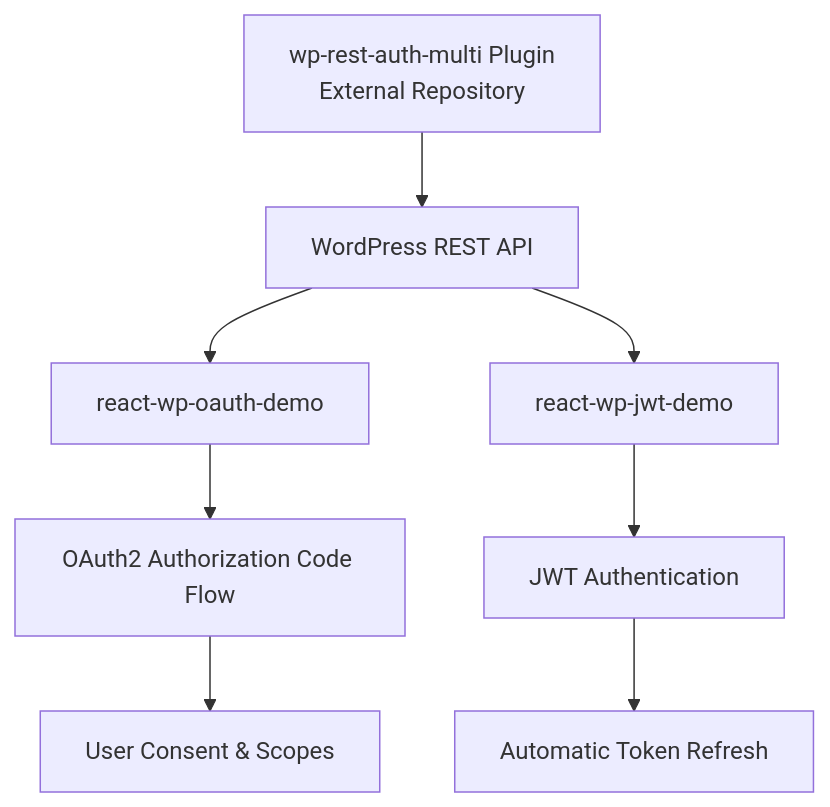
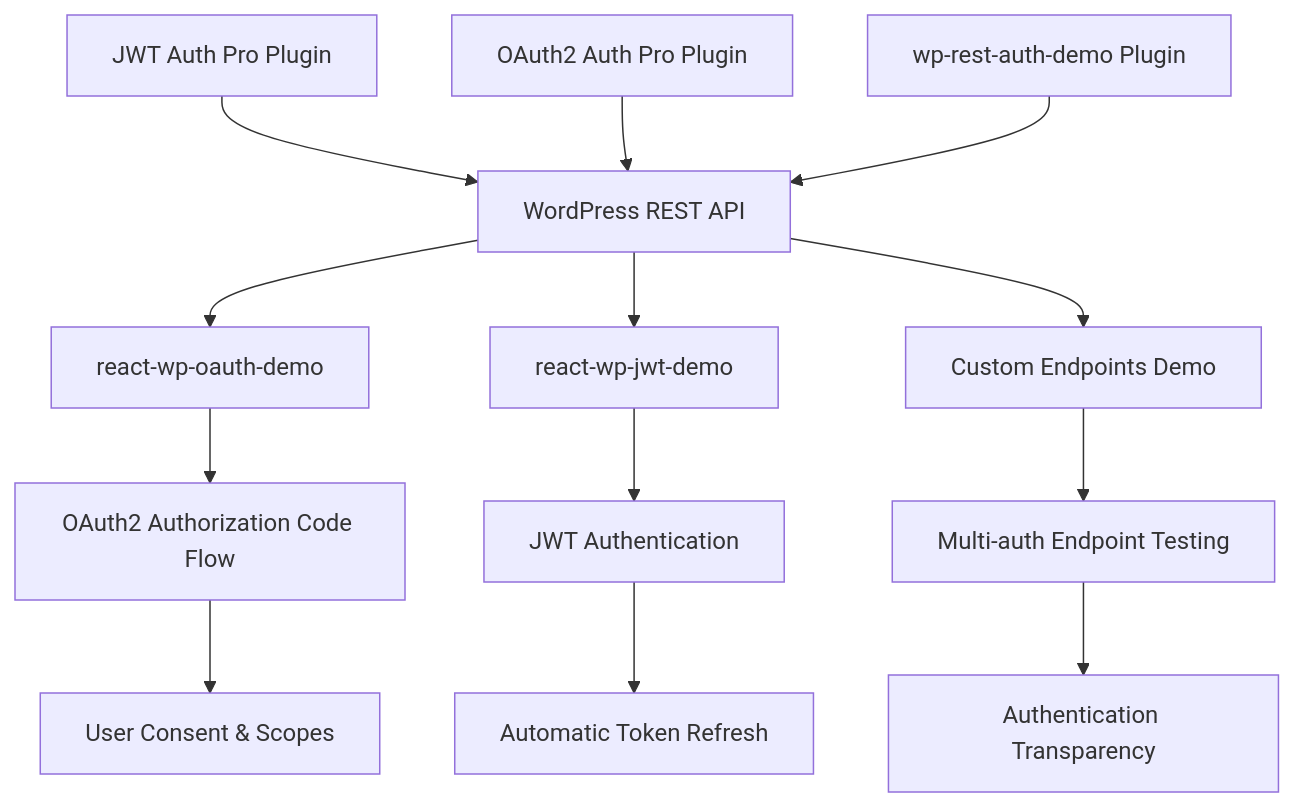
One commit to juanma-wp/wcg2025-demos changed the diagram in README.md. Above: the diagram before and after it, drawn with Mermaid. The commit also changed other lines of this file, not shown here.

Commit message:
Remove wp-rest-auth-multi submodule

````diff
--- a/README.md
+++ b/README.md
@@ -170,12 +256,18 @@
 ```mermaid
 graph TD
-    A[wp-rest-auth-multi Plugin<br/>External Repository] --> B[WordPress REST API]
+    A[JWT Auth Pro Plugin] --> B[WordPress REST API]
+    A1[OAuth2 Auth Pro Plugin] --> B
+    A2[wp-rest-auth-demo Plugin] --> B
+    
     B --> C[react-wp-oauth-demo]
     B --> D[react-wp-jwt-demo]
+    B --> E[Custom Endpoints Demo]
 
-    C --> E[OAuth2 Authorization Code Flow]
-    D --> F[JWT Authentication]
+    C --> F[OAuth2 Authorization Code Flow]
+    D --> G[JWT Authentication]
+    E --> H[Multi-auth Endpoint Testing]
 
-    E --> G[User Consent & Scopes]
-    F --> H[Automatic Token Refresh]
+    F --> I[User Consent & Scopes]
+    G --> J[Automatic Token Refresh]
+    H --> K[Authentication Transparency]
 ```
````
